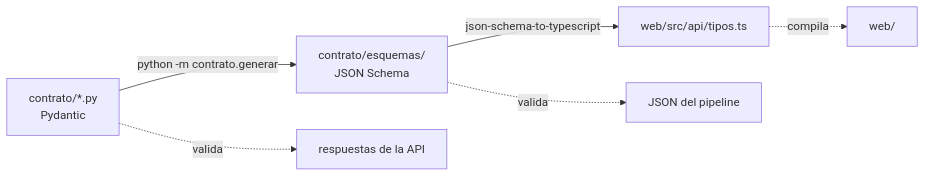
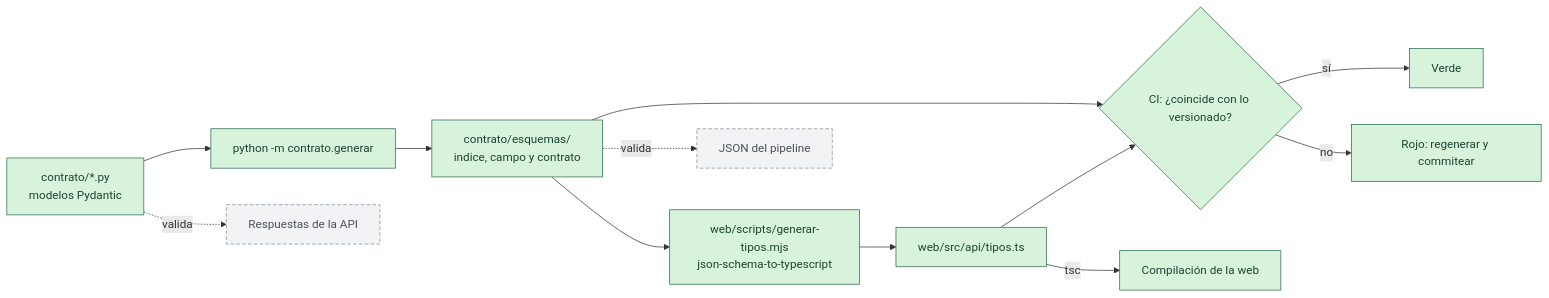
One commit to lautaromoreyraa/spherex-blink changed the ninth of 10 diagrams in README.md. Above: the diagram before and after it, drawn with Mermaid. The commit also changed other lines of this file, not shown here.

First line of the commit message:
TAR-01: Reescribe el README con la arquitectura en diagramas

````diff
--- a/README.md
+++ b/README.md
@@ -105,8 +537,26 @@
 ```mermaid
 flowchart LR
-    modelos[contrato/*.py<br/>Pydantic] -->|python -m contrato.generar| schema[contrato/esquemas/<br/>JSON Schema]
-    schema -->|json-schema-to-typescript| tipos[web/src/api/tipos.ts]
-    schema -. valida .-> archivos[JSON del pipeline]
-    modelos -. valida .-> respuestas[respuestas de la API]
-    tipos -. compila .-> web[web/]
+    modelos["contrato/*.py<br/>modelos Pydantic"]:::hecho
+    generar["python -m contrato.generar"]:::hecho
+    schema["contrato/esquemas/<br/>indice, campo y contrato"]:::hecho
+    j2ts["web/scripts/generar-tipos.mjs<br/>json-schema-to-typescript"]:::hecho
+    tipos["web/src/api/tipos.ts"]:::hecho
+    ci{"CI: ¿coincide con lo versionado?"}:::hecho
+    ok["Verde"]:::hecho
+    falla["Rojo: regenerar y commitear"]:::hecho
+    archivos["JSON del pipeline"]:::objetivo
+    respuestas["Respuestas de la API"]:::objetivo
+    web["Compilación de la web"]:::hecho
+
+    modelos --> generar --> schema --> j2ts --> tipos
+    schema --> ci
+    tipos --> ci
+    ci -- "sí" --> ok
+    ci -- "no" --> falla
+    schema -. "valida" .-> archivos
+    modelos -. "valida" .-> respuestas
+    tipos -- "tsc" --> web
+
+    classDef hecho fill:#d8f3dc,stroke:#2d6a4f,color:#1b4332
+    classDef objetivo fill:#f1f3f5,stroke:#868e96,stroke-dasharray:5 3,color:#495057
 ```
````
